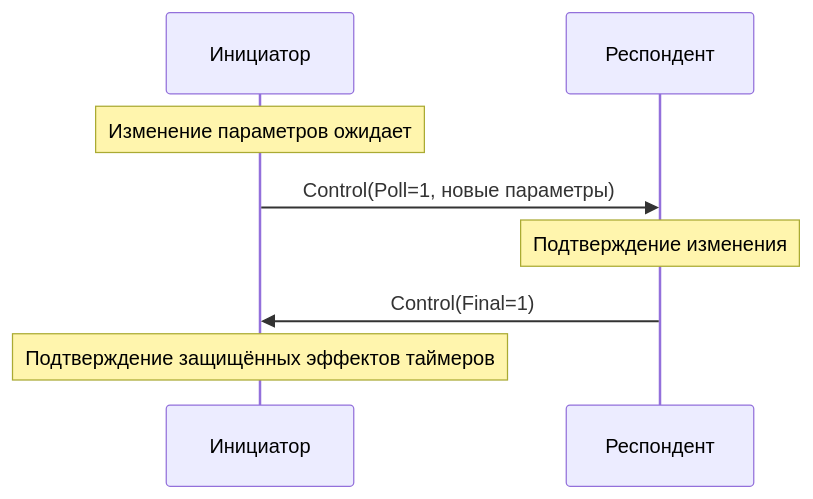
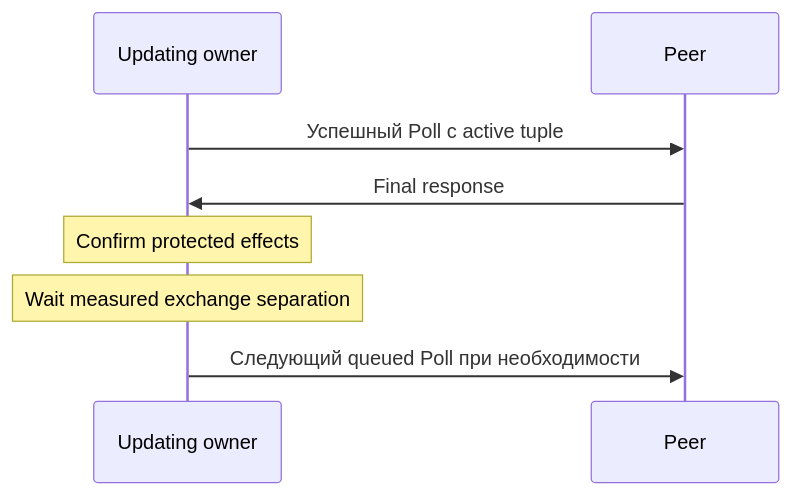
One commit to dantte-lp/gobfd changed the second of 2 diagrams in docs/ru/02-protocol.md. Above: the diagram before and after it, drawn with Mermaid. The commit also changed other lines of this file and 104 other files, not shown here.

````diff
--- a/docs/ru/02-protocol.md
+++ b/docs/ru/02-protocol.md
@@ -212,11 +100,10 @@
 ```mermaid
 sequenceDiagram
-    participant A as Инициатор
-    participant B as Респондент
-
-    Note over A: Изменение параметров ожидает
-    A->>B: Control(Poll=1, новые параметры)
-    Note over B: Подтверждение изменения
-    B->>A: Control(Final=1)
-    Note over A: Подтверждение защищённых эффектов таймеров
+    participant A as Updating owner
+    participant B as Peer
+    A->>B: Успешный Poll с active tuple
+    B->>A: Final response
+    Note over A: Confirm protected effects
+    Note over A: Wait measured exchange separation
+    A->>B: Следующий queued Poll при необходимости
 ```
````
